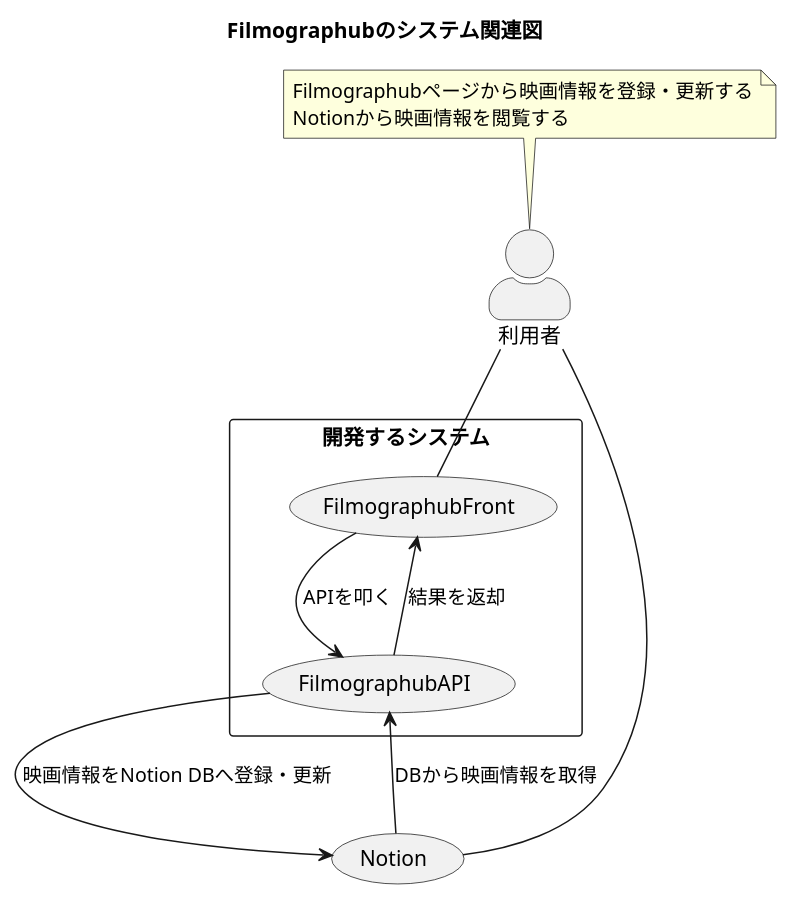
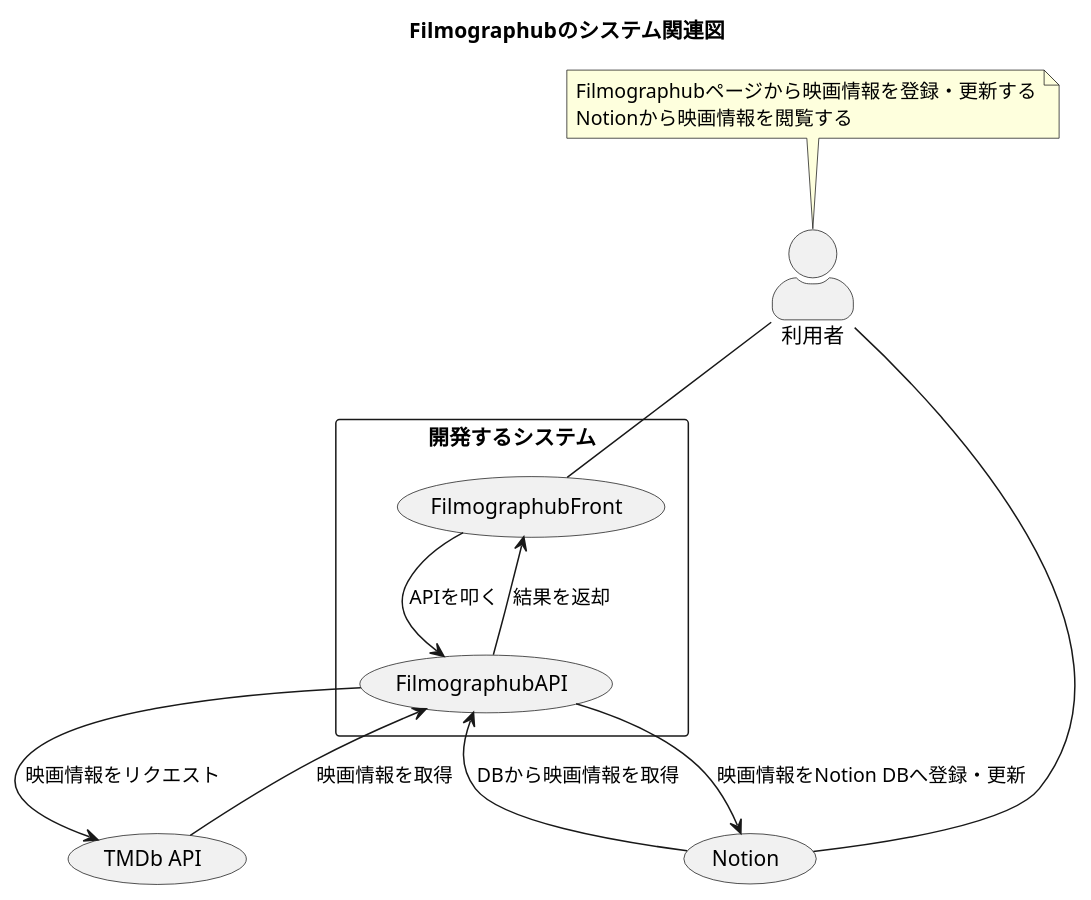
Before and after one commit to takeYY/filmography: the diagram in api/docs/system_relation/system_relation.puml, drawn with PlantUML. The commit also changed 1 other file, not shown here.

Commit message:
📈 システム関連図にTMDb APIを追加

```diff
--- a/api/docs/system_relation/system_relation.puml
+++ b/api/docs/system_relation/system_relation.puml
@@ -1,26 +1,28 @@
 @startuml fig_system_relation
 
 title Filmographubのシステム関連図
 skinparam actorStyle awesome
 
 
 rectangle 開発するシステム {
   "FilmographubFront" as (FilmographubFront)
   "FilmographubAPI" as (FilmographubApi)
 
 }
 
 :利用者: -- (FilmographubFront)
 :利用者: -- (Notion)
 
 (FilmographubFront) --> (FilmographubApi) :APIを叩く
 (FilmographubFront) <-- (FilmographubApi) :結果を返却
+(FilmographubApi) --> (TMDb API) :映画情報をリクエスト
+(FilmographubApi) <-- (TMDb API) :映画情報を取得
 (FilmographubApi) --> (Notion) :映画情報をNotion DBへ登録・更新
 (FilmographubApi) <-- (Notion) :DBから映画情報を取得
 
 note "Filmographubページから映画情報を登録・更新する\nNotionから映画情報を閲覧する" as note01
 
 note01 .. :利用者:
 
 
 @enduml
```
